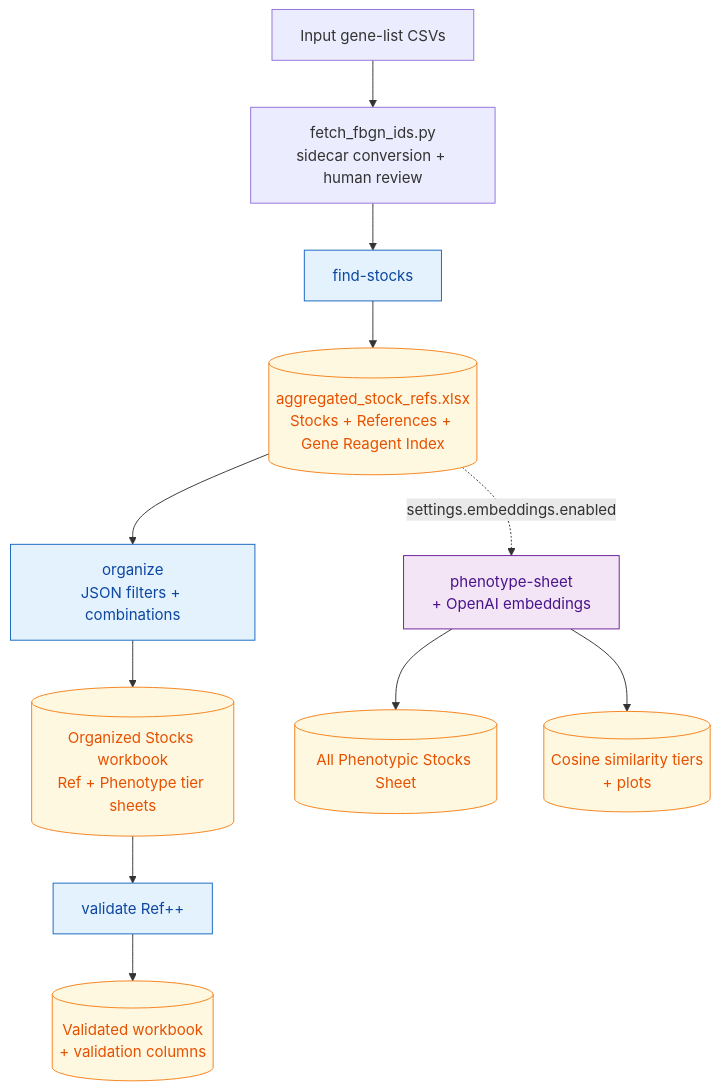
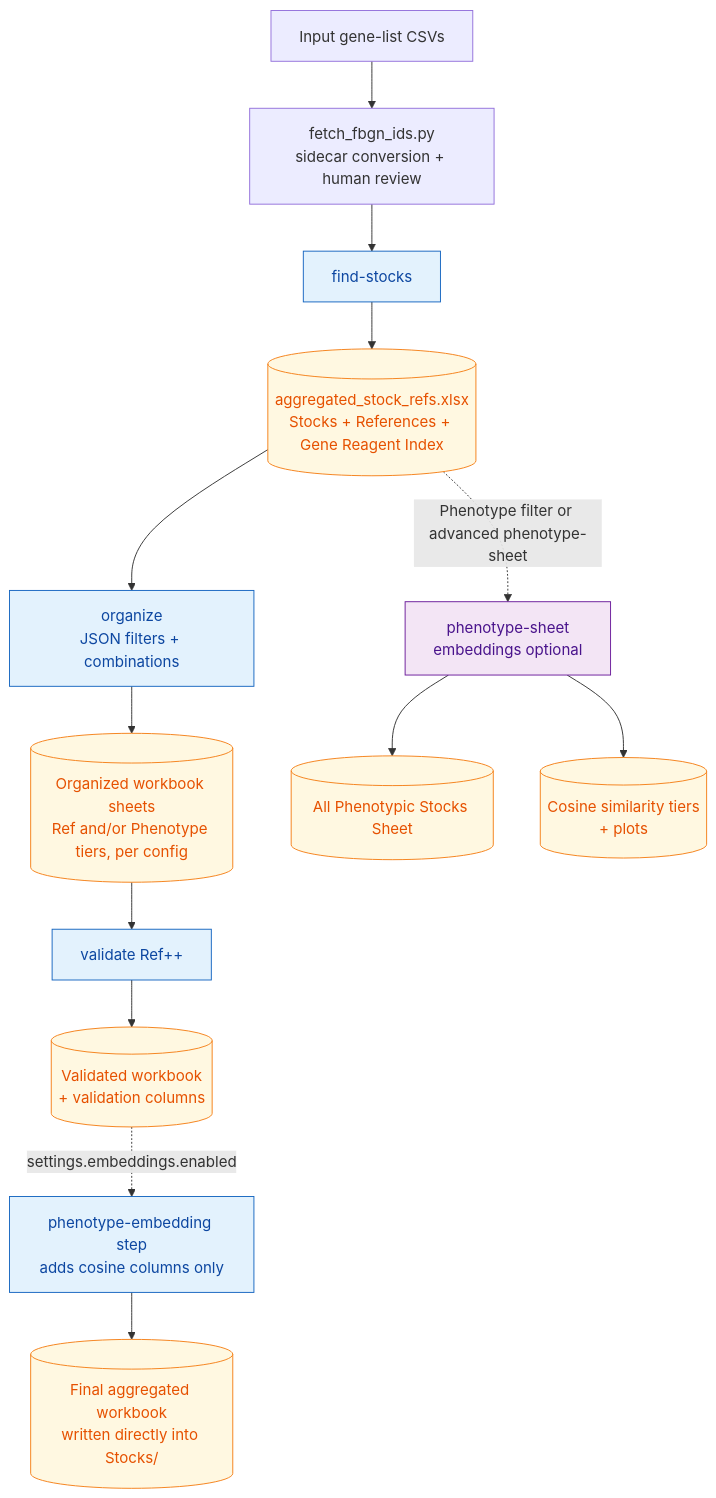
One commit to aadish98/fl.AI-reagent-stocker changed the second of 3 diagrams in docs/pipeline_flowcharts.md. Above: the diagram before and after it, drawn with Mermaid. The commit also changed other lines of this file and 21 other files, not shown here.

First line of the commit message:
Decouple phenotype evidence from embeddings; refresh docs

````diff
--- a/docs/pipeline_flowcharts.md
+++ b/docs/pipeline_flowcharts.md
@@ -125,22 +129,24 @@
 ```mermaid
 flowchart TD
     A[Input gene-list CSVs] --> ID[fetch_fbgn_ids.py<br/>sidecar conversion + human review]
     ID --> S1[find-stocks]
     S1 --> O1[(aggregated_stock_refs.xlsx<br/>Stocks + References + Gene Reagent Index)]
 
     O1 --> S2[organize<br/>JSON filters + combinations]
-    S2 --> O2[(Organized Stocks workbook<br/>Ref + Phenotype tier sheets)]
+    S2 --> O2[(Organized workbook sheets<br/>Ref and/or Phenotype tiers, per config)]
     O2 --> S3[validate Ref++]
     S3 --> O3[(Validated workbook<br/>+ validation columns)]
+    O3 -. "settings.embeddings.enabled" .-> EMB[phenotype-embedding step<br/>adds cosine columns only]
+    EMB --> O4[(Final aggregated workbook<br/>written directly into Stocks/)]
 
-    O1 -. "settings.embeddings.enabled" .-> PS[phenotype-sheet<br/>+ OpenAI embeddings]
+    O1 -. "Phenotype filter or advanced phenotype-sheet" .-> PS[phenotype-sheet<br/>embeddings optional]
     PS --> P1[(All Phenotypic Stocks Sheet)]
     PS --> P2[(Cosine similarity tiers<br/>+ plots)]
 
     classDef stage fill:#e3f2fd,stroke:#1565c0,color:#0d47a1
     classDef artifact fill:#fff8e1,stroke:#f57f17,color:#e65100
     classDef pheno fill:#f3e5f5,stroke:#6a1b9a,color:#4a148c
-    class S1,S2,S3 stage
+    class S1,S2,S3,EMB stage
     class PS pheno
-    class O1,O2,O3,P1,P2 artifact
+    class O1,O2,O3,O4,P1,P2 artifact
 ```
````
